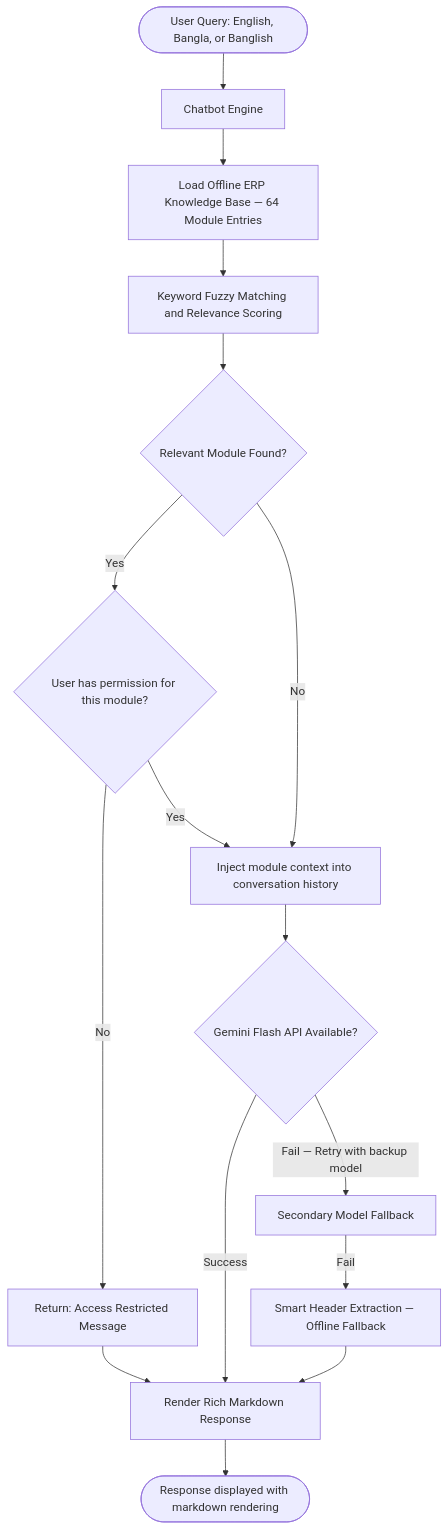
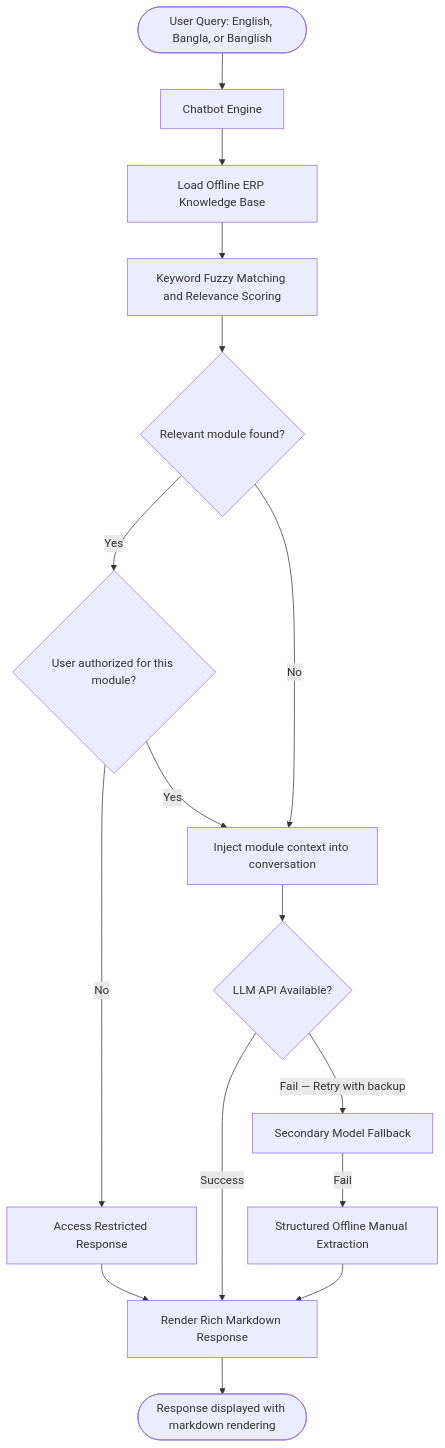
One commit to ShakhawatSakib9/Constrcution_MIS changed the fourth of 4 diagrams in README.md. Above: the diagram before and after it, drawn with Mermaid. The commit also changed other lines of this file and 1 other file, not shown here.

````diff
--- a/README.md
+++ b/README.md
@@ -388,18 +351,18 @@
 ```mermaid
 flowchart TD
     Q(["User Query: English, Bangla, or Banglish"]) --> C["Chatbot Engine"]
-    C --> KB["Load Offline ERP Knowledge Base — 64 Module Entries"]
+    C --> KB["Load Offline ERP Knowledge Base"]
     KB --> Fuzzy["Keyword Fuzzy Matching and Relevance Scoring"]
-    Fuzzy --> Match{"Relevant Module Found?"}
-    Match -->|Yes| RBAC{"User has permission for this module?"}
-    RBAC -->|No| Deny["Return: Access Restricted Message"]
-    RBAC -->|Yes| Inject["Inject module context into conversation history"]
+    Fuzzy --> Match{"Relevant module found?"}
+    Match -->|Yes| RBAC{"User authorized for this module?"}
+    RBAC -->|No| Deny["Access Restricted Response"]
+    RBAC -->|Yes| Inject["Inject module context into conversation"]
     Match -->|No| Inject
-    Inject --> API{"Gemini Flash API Available?"}
+    Inject --> API{"LLM API Available?"}
     API -->|Success| MD["Render Rich Markdown Response"]
-    API -->|"Fail — Retry with backup model"| G2["Secondary Model Fallback"]
-    G2 -->|Fail| Offline["Smart Header Extraction — Offline Fallback"]
+    API -->|"Fail — Retry with backup"| G2["Secondary Model Fallback"]
+    G2 -->|Fail| Offline["Structured Offline Manual Extraction"]
     Offline --> MD
     Deny --> MD
     MD --> User(["Response displayed with markdown rendering"])
 ```
````
